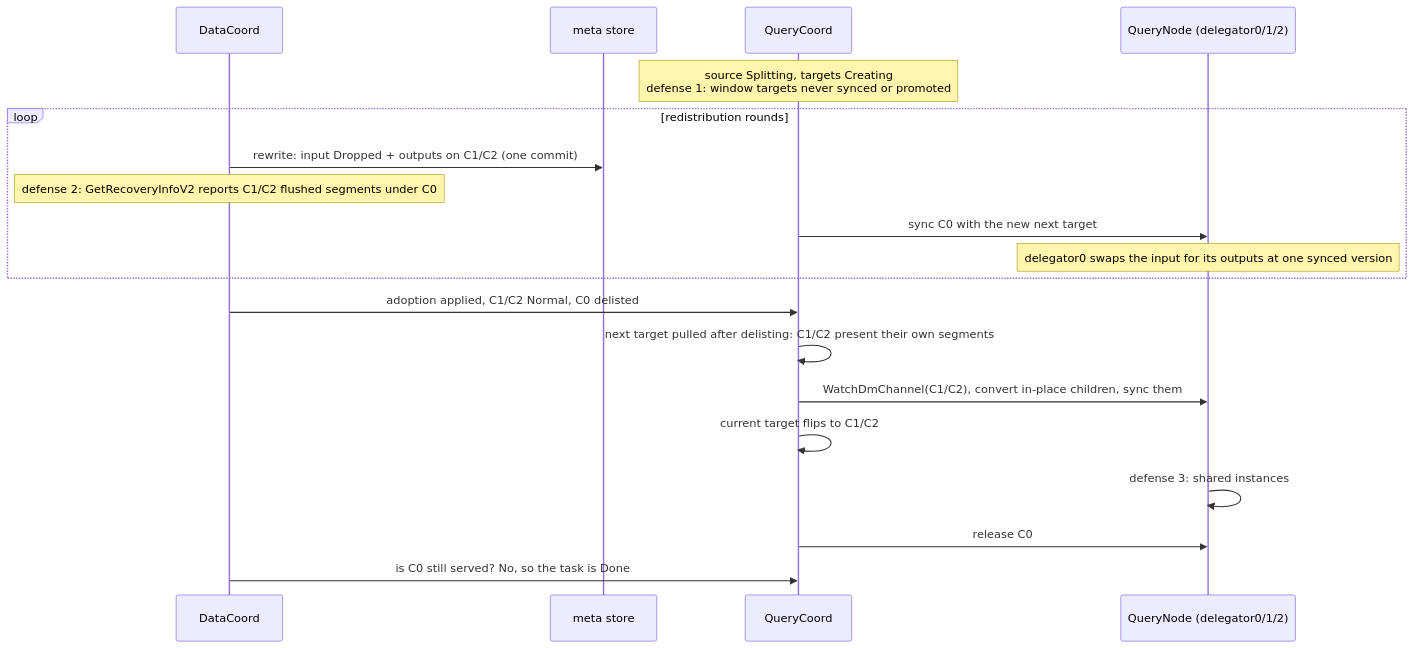
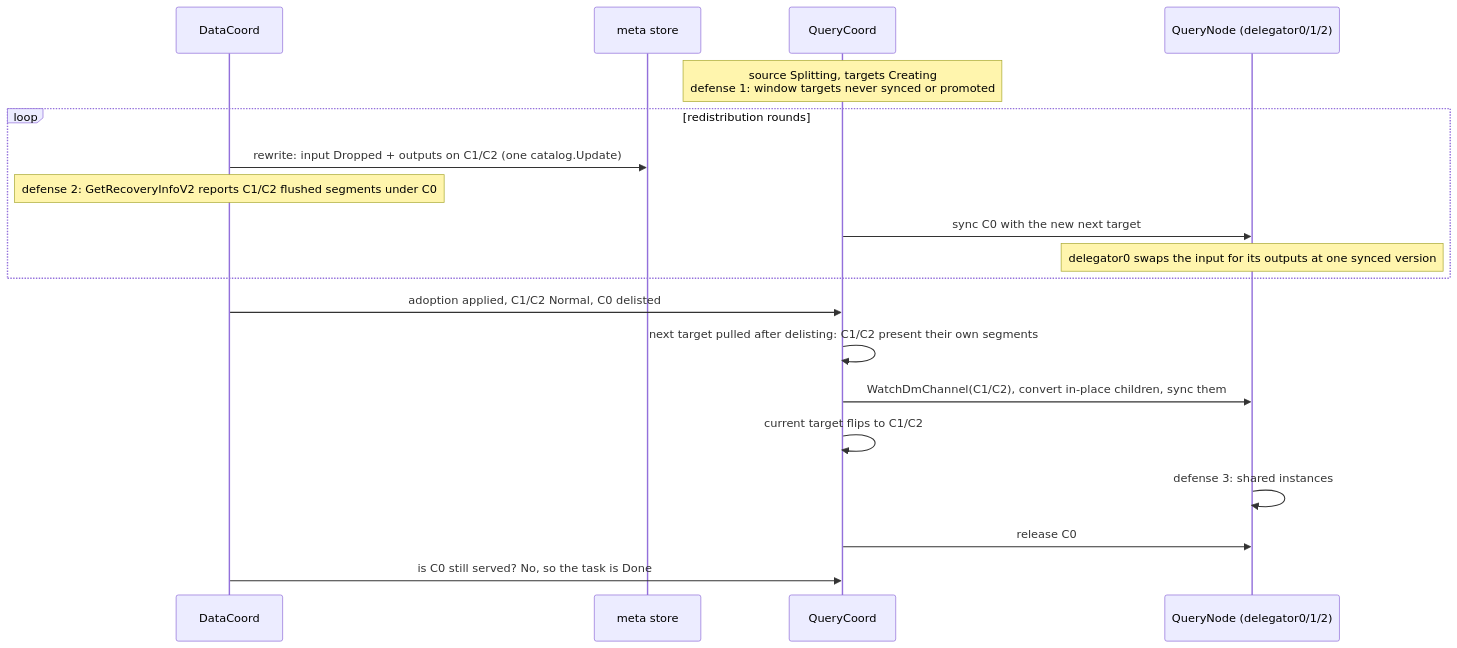
The fourth of 4 diagrams in docs/design-docs/design_docs/20260610-shard_split.md (milvus-io/milvus), drawn with Mermaid before and after one commit. The commit also changed other lines of this file, not shown here.

First line of the commit message:
doc: settle the shard split doc's open rewrite, Done and rollout points

````diff
--- a/docs/design-docs/design_docs/20260610-shard_split.md
+++ b/docs/design-docs/design_docs/20260610-shard_split.md
@@ -1104,22 +1118,22 @@
 ```mermaid
 sequenceDiagram
     participant DC as DataCoord
     participant META as meta store
     participant QC as QueryCoord
     participant QN as QueryNode (delegator0/1/2)
 
     Note over QC: source Splitting, targets Creating<br/>defense 1: window targets never synced or promoted
     loop redistribution rounds
-        DC->>META: rewrite: input Dropped + outputs on C1/C2 (one commit)
+        DC->>META: rewrite: input Dropped + outputs on C1/C2 (one catalog.Update)
         Note over DC: defense 2: GetRecoveryInfoV2 reports C1/C2 flushed segments under C0
         QC->>QN: sync C0 with the new next target
         Note over QN: delegator0 swaps the input for its outputs at one synced version
     end
     DC->>QC: adoption applied, C1/C2 Normal, C0 delisted
     QC->>QC: next target pulled after delisting: C1/C2 present their own segments
     QC->>QN: WatchDmChannel(C1/C2), convert in-place children, sync them
     QC->>QC: current target flips to C1/C2
     QN->>QN: defense 3: shared instances
     QC->>QN: release C0
     DC->>QC: is C0 still served? No, so the task is Done
 ```
````
